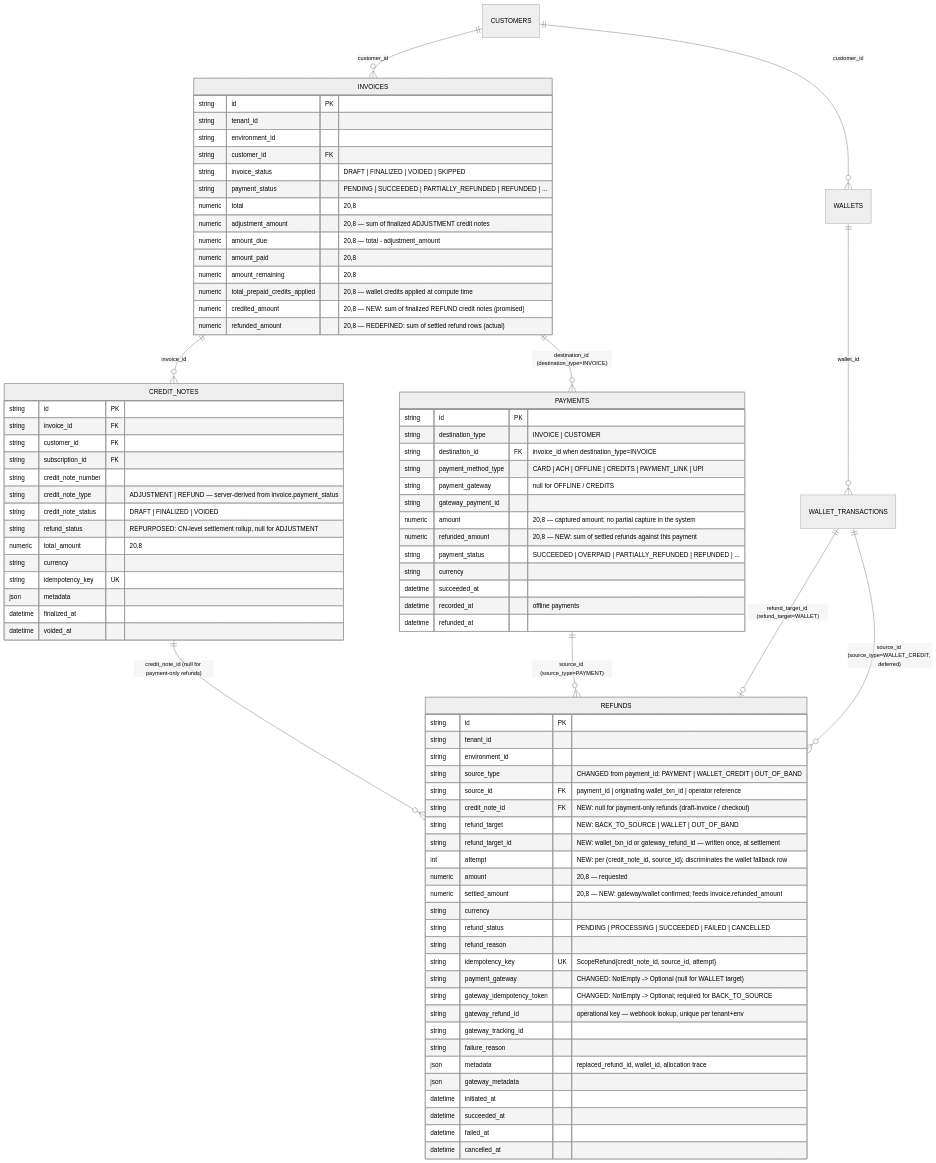
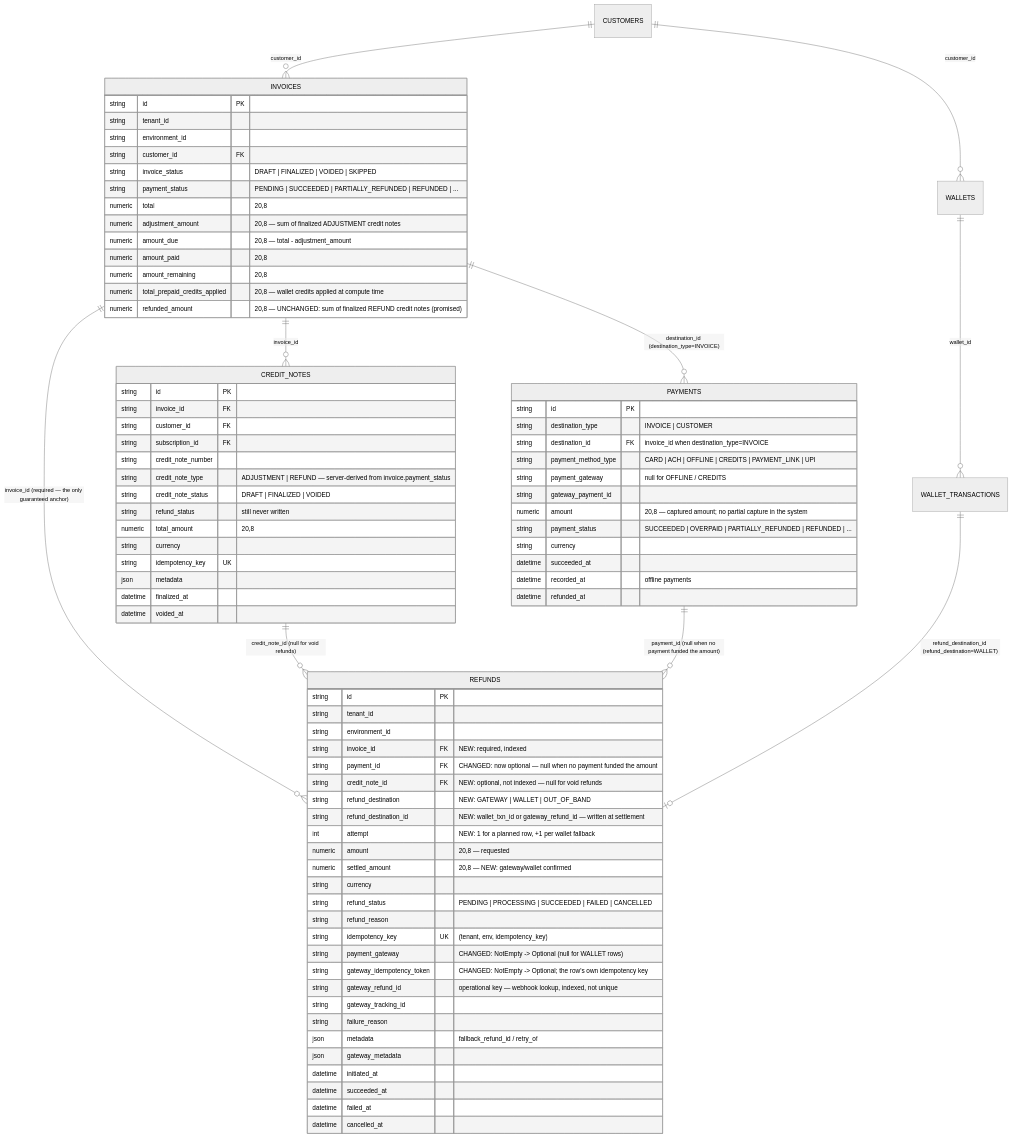
One commit to subratsahilgupta/flexprice changed the first of 2 diagrams in docs/design/2026-08-28-refund-architecture-erd.md. Above: the diagram before and after it, drawn with Mermaid (neutral theme). The commit also changed other lines of this file and 1 other file, not shown here.

Commit message:
erd update

```diff
--- a/docs/design/2026-08-28-refund-architecture-erd.md
+++ b/docs/design/2026-08-28-refund-architecture-erd.md
@@ -66,13 +68,13 @@
 
     INVOICES ||--o{ CREDIT_NOTES : invoice_id
     INVOICES ||--o{ PAYMENTS : "destination_id (destination_type=INVOICE)"
+    INVOICES ||--o{ REFUNDS : "invoice_id (required — the only guaranteed anchor)"
 
-    CREDIT_NOTES ||--o{ REFUNDS : "credit_note_id (null for payment-only refunds)"
-    PAYMENTS     ||--o{ REFUNDS : "source_id (source_type=PAYMENT)"
+    CREDIT_NOTES ||--o{ REFUNDS : "credit_note_id (null for void refunds)"
+    PAYMENTS     ||--o{ REFUNDS : "payment_id (null when no payment funded the amount)"
 
     WALLETS ||--o{ WALLET_TRANSACTIONS : wallet_id
-    WALLET_TRANSACTIONS ||--o| REFUNDS : "refund_target_id (refund_target=WALLET)"
-    WALLET_TRANSACTIONS ||--o{ REFUNDS : "source_id (source_type=WALLET_CREDIT, deferred)"
+    WALLET_TRANSACTIONS ||--o| REFUNDS : "refund_destination_id (refund_destination=WALLET)"
 
     INVOICES {
         string  id PK
@@ -87,8 +89,7 @@
         numeric amount_paid "20,8"
         numeric amount_remaining "20,8"
         numeric total_prepaid_credits_applied "20,8 — wallet credits applied at compute time"
-        numeric credited_amount "20,8 — NEW: sum of finalized REFUND credit notes (promised)"
-        numeric refunded_amount "20,8 — REDEFINED: sum of settled refund rows (actual)"
+        numeric refunded_amount "20,8 — UNCHANGED: sum of finalized REFUND credit notes (promised)"
     }
 
     CREDIT_NOTES {
@@ -99,7 +100,7 @@
         string  credit_note_number
         string  credit_note_type "ADJUSTMENT | REFUND — server-derived from invoice.payment_status"
         string  credit_note_status "DRAFT | FINALIZED | VOIDED"
-        string  refund_status "REPURPOSED: CN-level settlement rollup, null for ADJUSTMENT"
+        string  refund_status "still never written"
         numeric total_amount "20,8"
         string  currency
         string  idempotency_key UK
@@ -116,7 +117,6 @@
         string  payment_gateway "null for OFFLINE / CREDITS"
         string  gateway_payment_id
         numeric amount "20,8 — captured amount; no partial capture in the system"
-        numeric refunded_amount "20,8 — NEW: sum of settled refunds against this payment"
         string  payment_status "SUCCEEDED | OVERPAID | PARTIALLY_REFUNDED | REFUNDED | ..."
         string  currency
         datetime succeeded_at
@@ -128,24 +128,24 @@
         string  id PK
         string  tenant_id
         string  environment_id
-        string  source_type "CHANGED from payment_id: PAYMENT | WALLET_CREDIT | OUT_OF_BAND"
-        string  source_id FK "payment_id | originating wallet_txn_id | operator reference"
-        string  credit_note_id FK "NEW: null for payment-only refunds (draft-invoice / checkout)"
-        string  refund_target "NEW: BACK_TO_SOURCE | WALLET | OUT_OF_BAND"
-        string  refund_target_id "NEW: wallet_txn_id or gateway_refund_id — written once, at settlement"
-        int     attempt "NEW: per (credit_note_id, source_id); discriminates the wallet fallback row"
+        string  invoice_id FK "NEW: required, indexed"
+        string  payment_id FK "CHANGED: now optional — null when no payment funded the amount"
+        string  credit_note_id FK "NEW: optional, not indexed — null for void refunds"
+        string  refund_destination "NEW: GATEWAY | WALLET | OUT_OF_BAND"
+        string  refund_destination_id "NEW: wallet_txn_id or gateway_refund_id — written at settlement"
+        int     attempt "NEW: 1 for a planned row, +1 per wallet fallback"
         numeric amount "20,8 — requested"
-        numeric settled_amount "20,8 — NEW: gateway/wallet confirmed; feeds invoice.refunded_amount"
+        numeric settled_amount "20,8 — NEW: gateway/wallet confirmed"
         string  currency
         string  refund_status "PENDING | PROCESSING | SUCCEEDED | FAILED | CANCELLED"
         string  refund_reason
-        string  idempotency_key UK "ScopeRefund{credit_note_id, source_id, attempt}"
-        string  payment_gateway "CHANGED: NotEmpty -> Optional (null for WALLET target)"
-        string  gateway_idempotency_token "CHANGED: NotEmpty -> Optional; required for BACK_TO_SOURCE"
-        string  gateway_refund_id "operational key — webhook lookup, unique per tenant+env"
+        string  idempotency_key UK "(tenant, env, idempotency_key)"
+        string  payment_gateway "CHANGED: NotEmpty -> Optional (null for WALLET rows)"
+        string  gateway_idempotency_token "CHANGED: NotEmpty -> Optional; the row's own idempotency key"
+        string  gateway_refund_id "operational key — webhook lookup, indexed, not unique"
         string  gateway_tracking_id
         string  failure_reason
-        json    metadata "replaced_refund_id, wallet_id, allocation trace"
+        json    metadata "fallback_refund_id / retry_of"
         json    gateway_metadata
         datetime initiated_at
         datetime succeeded_at
```
